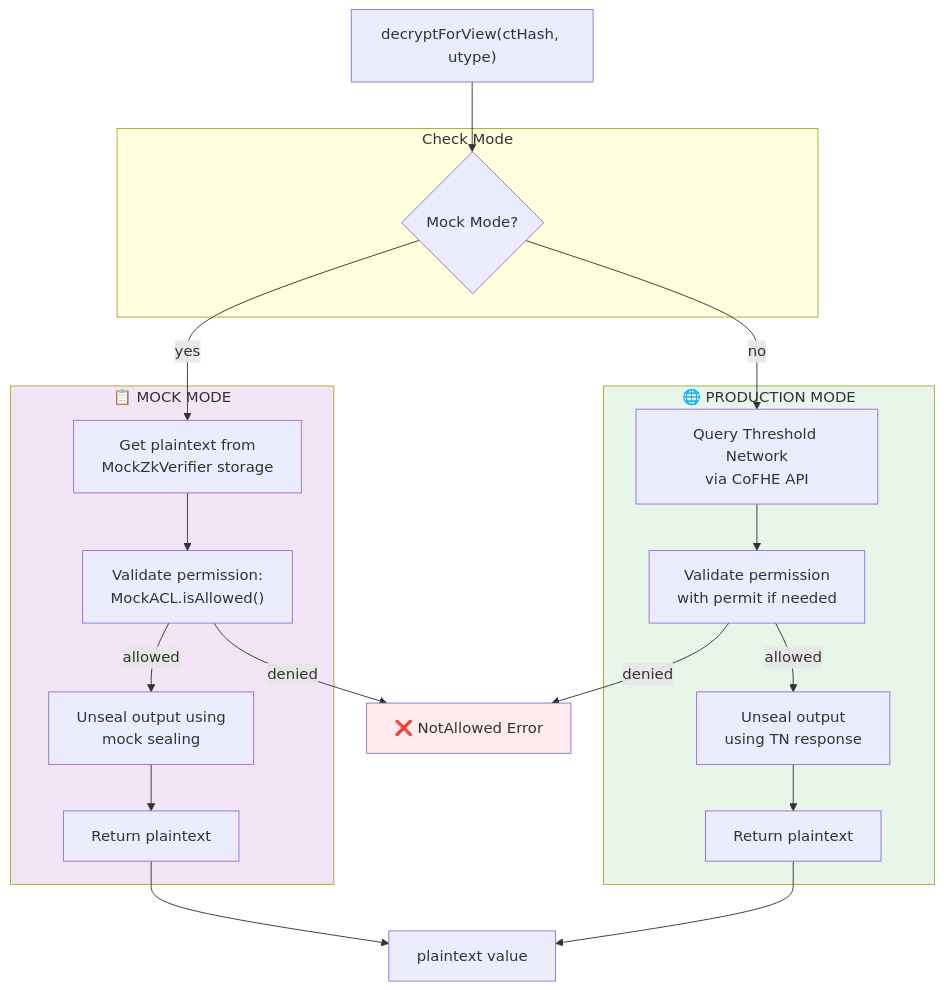
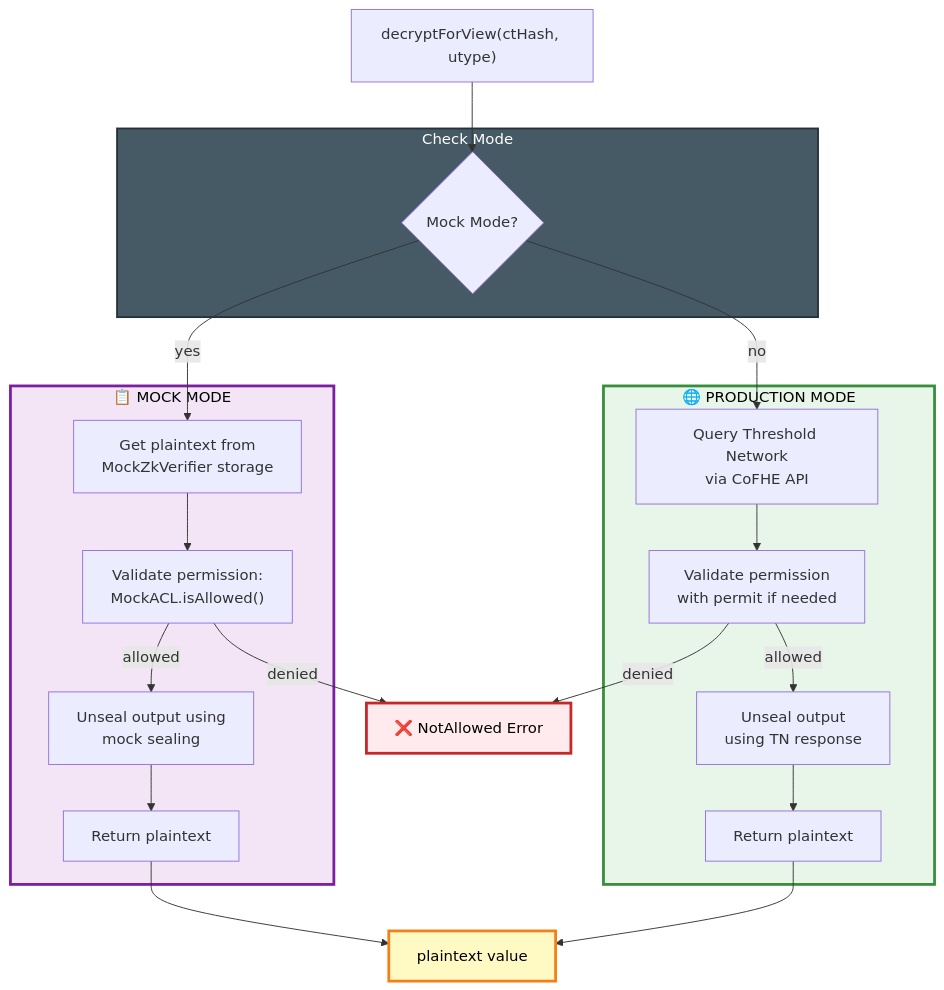
One commit to FhenixProtocol/cofhesdk changed the third of 7 diagrams in ARCHITECTURE.md. Above: the diagram before and after it, drawn with Mermaid. The commit also changed other lines of this file, not shown here.

Commit message:
chore: architecture diagram: better colors for headings

````diff
--- a/ARCHITECTURE.md
+++ b/ARCHITECTURE.md
@@ -96,44 +98,46 @@
 ```mermaid
 graph TD
     Start["decryptForView(ctHash, utype)"]
     
     subgraph Check["Check Mode"]
         IsMock{Mock Mode?}
     end
     
     subgraph Mock["📋 MOCK MODE"]
         M1["Get plaintext from<br/>MockZkVerifier storage"]
         M2["Validate permission:<br/>MockACL.isAllowed()"]
         M3["Unseal output using<br/>mock sealing"]
         M4["Return plaintext"]
     end
     
     subgraph Prod["🌐 PRODUCTION MODE"]
         P1["Query Threshold Network<br/>via CoFHE API"]
         P2["Validate permission<br/>with permit if needed"]
         P3["Unseal output<br/>using TN response"]
         P4["Return plaintext"]
     end
     
     Start --> IsMock
     
     IsMock -->|yes| M1
     IsMock -->|no| P1
     
     M1 --> M2
     M2 -->|allowed| M3
     M2 -->|denied| Error["❌ NotAllowed Error"]
     M3 --> M4
     
     P1 --> P2
     P2 -->|allowed| P3
     P2 -->|denied| Error
     P3 --> P4
     
     M4 --> End["plaintext value"]
     P4 --> End
     
-    style Mock fill:#f3e5f5
-    style Prod fill:#e8f5e9
-    style Error fill:#ffebee
+    style Mock fill:#f3e5f5,stroke:#7b1fa2,stroke-width:3px,color:#000
+    style Prod fill:#e8f5e9,stroke:#388e3c,stroke-width:3px,color:#000
+    style Error fill:#ffebee,stroke:#c62828,stroke-width:3px,color:#000
+    style Check fill:#455a64,stroke:#263238,stroke-width:2px,color:#fff
+    style End fill:#fff9c4,stroke:#f57f17,stroke-width:3px,color:#000
 ```
````
